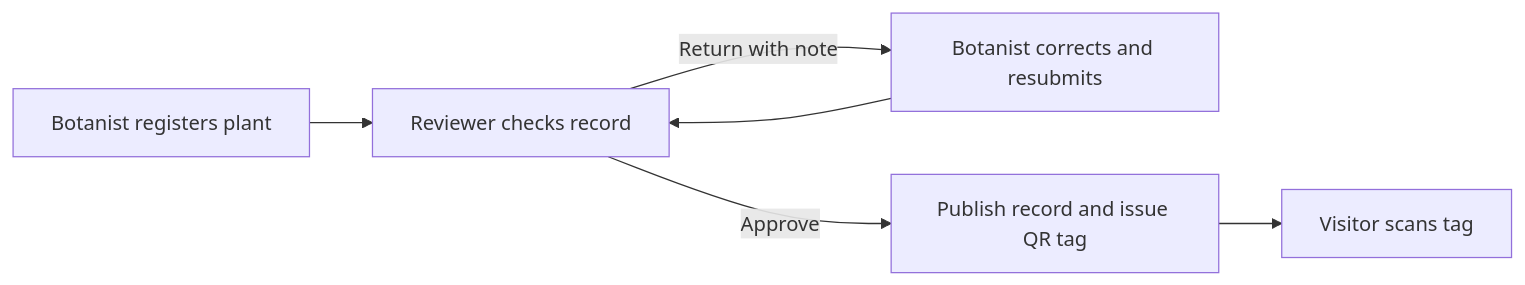
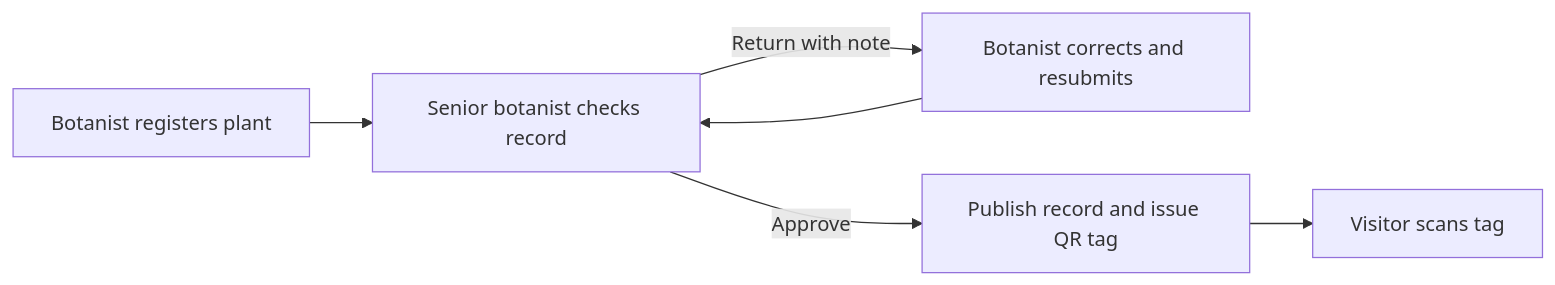
Before and after one commit to NyChieng/Innovation-Private-Proto: the second of 2 diagrams in README.md, drawn with Mermaid. The commit also changed other lines of this file and 19 other files, not shown here.

````diff
--- a/README.md
+++ b/README.md
@@ -53,8 +53,8 @@
 ```mermaid
 flowchart LR
-    Draft["Botanist registers plant"] --> Review["Reviewer checks record"]
+    Draft["Botanist registers plant"] --> Review["Senior botanist checks record"]
     Review -->|Return with note| Correct["Botanist corrects and resubmits"]
     Correct --> Review
     Review -->|Approve| Publish["Publish record and issue QR tag"]
     Publish --> Visit["Visitor scans tag"]
 ```
````
